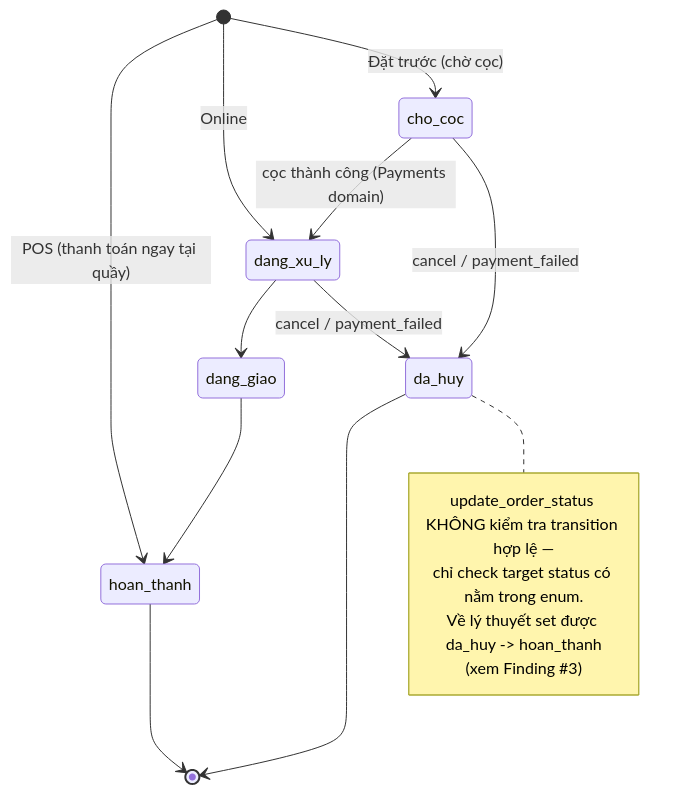
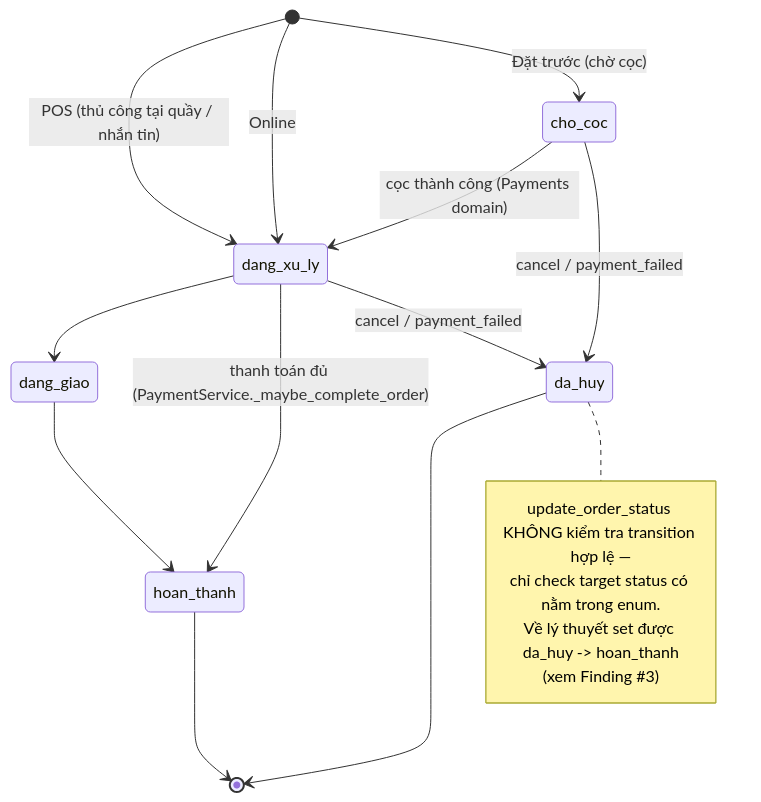
One commit to 9ducanh9/LeafCreme changed the second of 3 diagrams in docs/specs/02-orders.md. Above: the diagram before and after it, drawn with Mermaid. The commit also changed other lines of this file and 107 other files, not shown here.

````diff
--- a/docs/specs/02-orders.md
+++ b/docs/specs/02-orders.md
@@ -53,20 +55,21 @@
 ```mermaid
 stateDiagram-v2
-    [*] --> hoan_thanh: POS (thanh toán ngay tại quầy)
+    [*] --> dang_xu_ly: POS (thủ công tại quầy / nhắn tin)
     [*] --> dang_xu_ly: Online
     [*] --> cho_coc: Đặt trước (chờ cọc)
     cho_coc --> dang_xu_ly: cọc thành công (Payments domain)
     dang_xu_ly --> dang_giao
     dang_giao --> hoan_thanh
+    dang_xu_ly --> hoan_thanh: thanh toán đủ (PaymentService._maybe_complete_order)
     dang_xu_ly --> da_huy: cancel / payment_failed
     cho_coc --> da_huy: cancel / payment_failed
     da_huy --> [*]
     hoan_thanh --> [*]
 
     note right of da_huy
         update_order_status KHÔNG kiểm tra transition hợp lệ —
         chỉ check target status có nằm trong enum.
         Về lý thuyết set được da_huy -> hoan_thanh
         (xem Finding #3)
     end note
 ```
````
